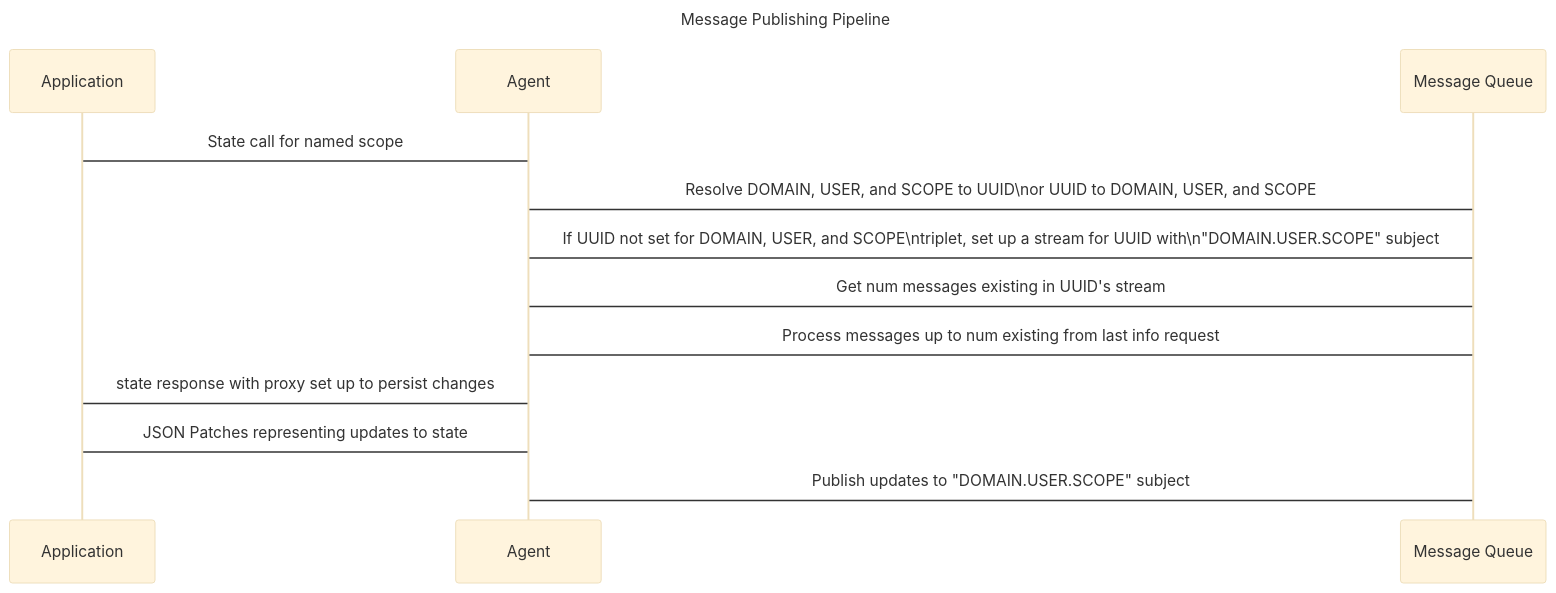
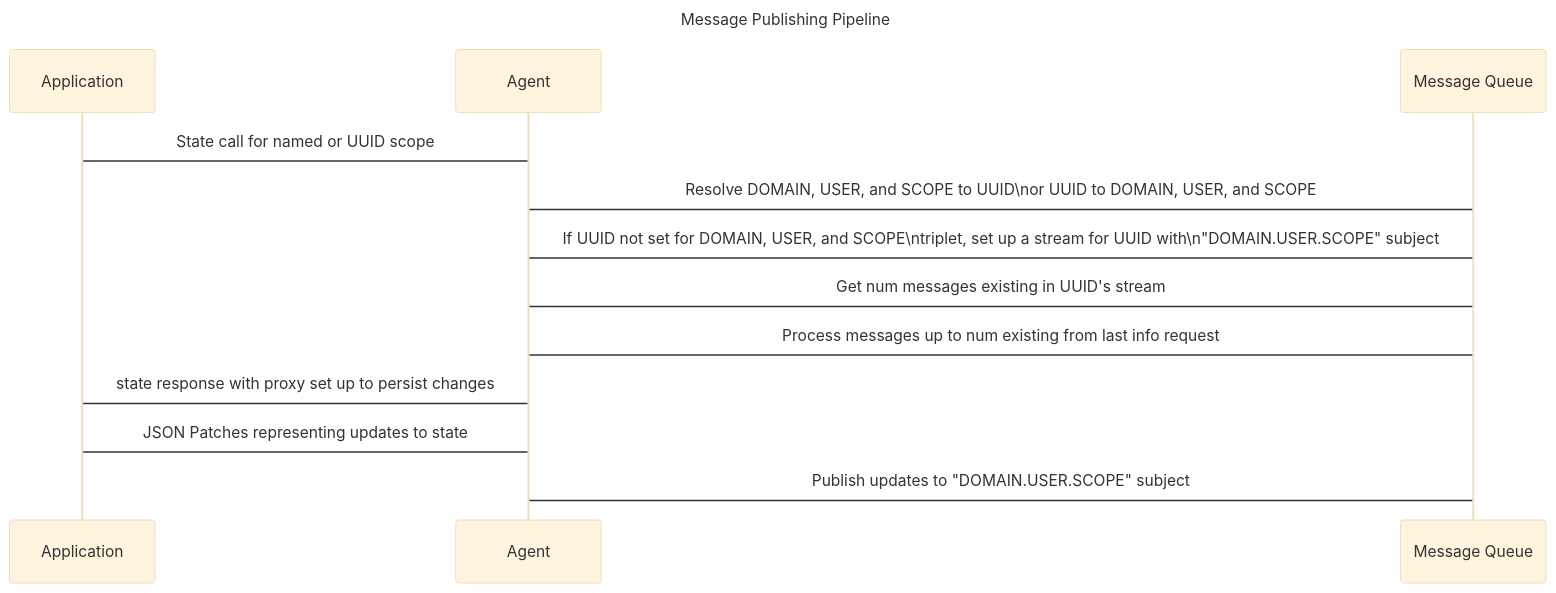
Before and after one commit to knowlearning/platform: the second of 2 diagrams in README.md, drawn with Mermaid (base theme).

Commit message:
README update

````diff
--- a/README.md
+++ b/README.md
@@ -124,17 +124,17 @@
 ```mermaid
 sequenceDiagram
 title Message Publishing Pipeline
 
 participant Application
 participant Agent
 participant Message Queue
 
-Application -> Agent: State call for named scope
+Application -> Agent: State call for named or UUID scope
 Agent -> Message Queue:Resolve DOMAIN, USER, and SCOPE to UUID\nor UUID to DOMAIN, USER, and SCOPE
 Agent -> Message Queue:If UUID not set for DOMAIN, USER, and SCOPE\ntriplet, set up a stream for UUID with\n"DOMAIN.USER.SCOPE" subject
 Agent -> Message Queue: Get num messages existing in UUID's stream
 Agent -> Message Queue: Process messages up to num existing from last info request
 Agent -> Application: state response with proxy set up to persist changes
 Application -> Agent: JSON Patches representing updates to state
 Agent -> Message Queue: Publish updates to "DOMAIN.USER.SCOPE" subject
 ```
````
